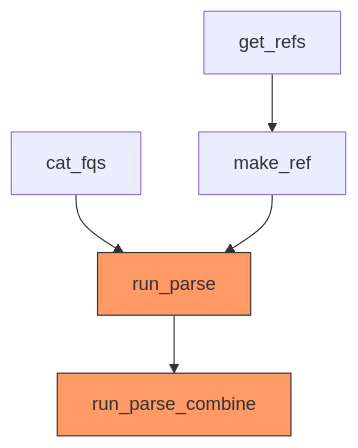
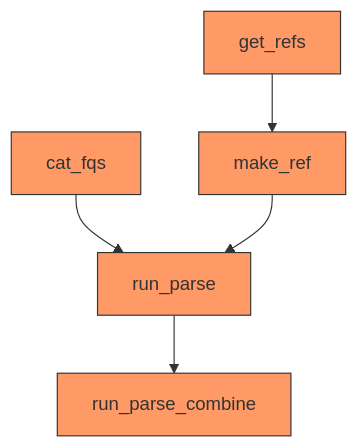
One commit to Dazcam/eQTL_study_2025 changed the diagram in pipelines/01-parse.qmd. Above: the diagram before and after it, drawn with Mermaid. The commit also changed other lines of this file, not shown here.

````diff
--- a/pipelines/01-parse.qmd
+++ b/pipelines/01-parse.qmd
@@ -15,10 +15,13 @@
 ```{mermaid}
 graph TD
     A[get_refs] --> B[make_ref]
     C[cat_fqs] --> D[run_parse]
     B --> D
     D --> E[run_parse_combine]
 
+    style A fill:#f96,stroke:#333
+    style B fill:#f96,stroke:#333
+    style C fill:#f96,stroke:#333
     style D fill:#f96,stroke:#333
     style E fill:#f96,stroke:#333
 ```
````
